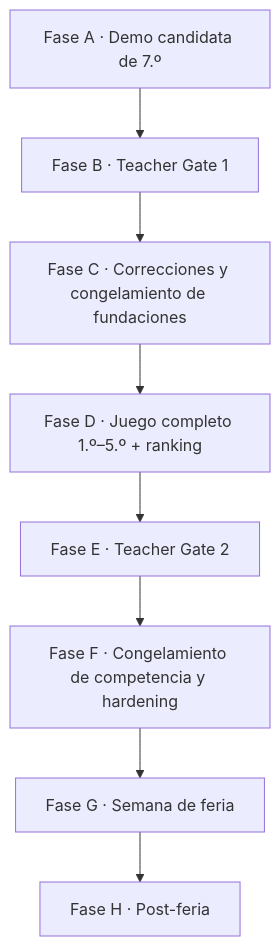
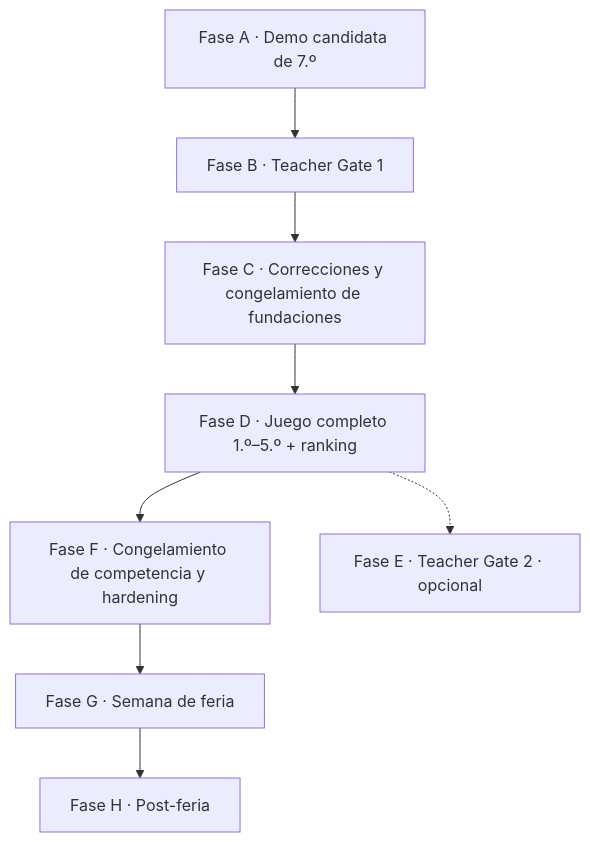
The diagram in docs/00-product/real-delivery-lifecycle.md (gastong256/mono256_egresado-game), drawn with Mermaid before and after one commit. The commit also changed other lines of this file and 23 other files, not shown here.

````diff
--- a/docs/00-product/real-delivery-lifecycle.md
+++ b/docs/00-product/real-delivery-lifecycle.md
@@ -11,10 +14,10 @@
 ```mermaid
 flowchart TD
     A[Fase A · Demo candidata de 7.º] --> B[Fase B · Teacher Gate 1]
     B --> C[Fase C · Correcciones y congelamiento de fundaciones]
     C --> D[Fase D · Juego completo 1.º–5.º + ranking]
-    D --> E[Fase E · Teacher Gate 2]
-    E --> F[Fase F · Congelamiento de competencia y hardening]
+    D --> F[Fase F · Congelamiento de competencia y hardening]
+    D -.-> E[Fase E · Teacher Gate 2 · opcional]
     F --> G[Fase G · Semana de feria]
     G --> H[Fase H · Post-feria]
 ```
````
